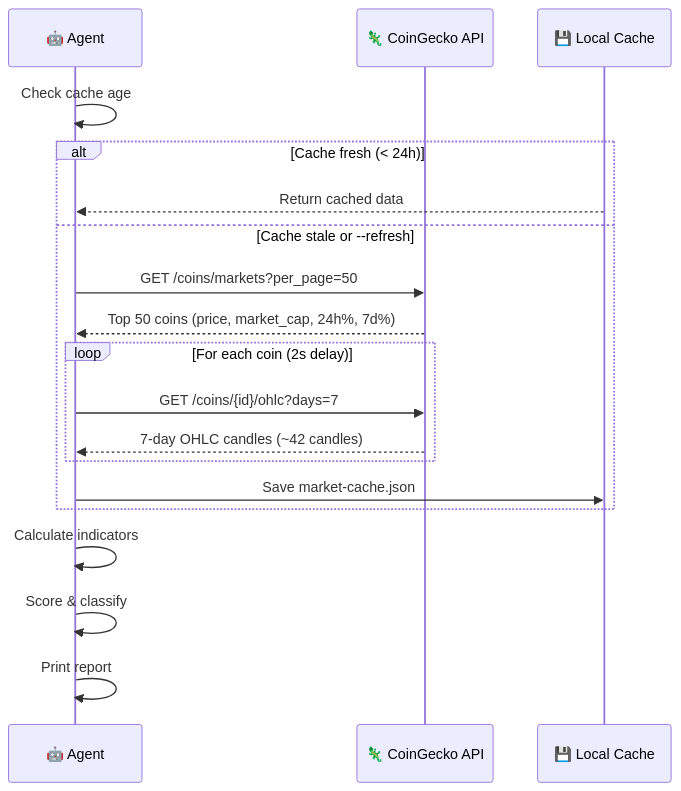
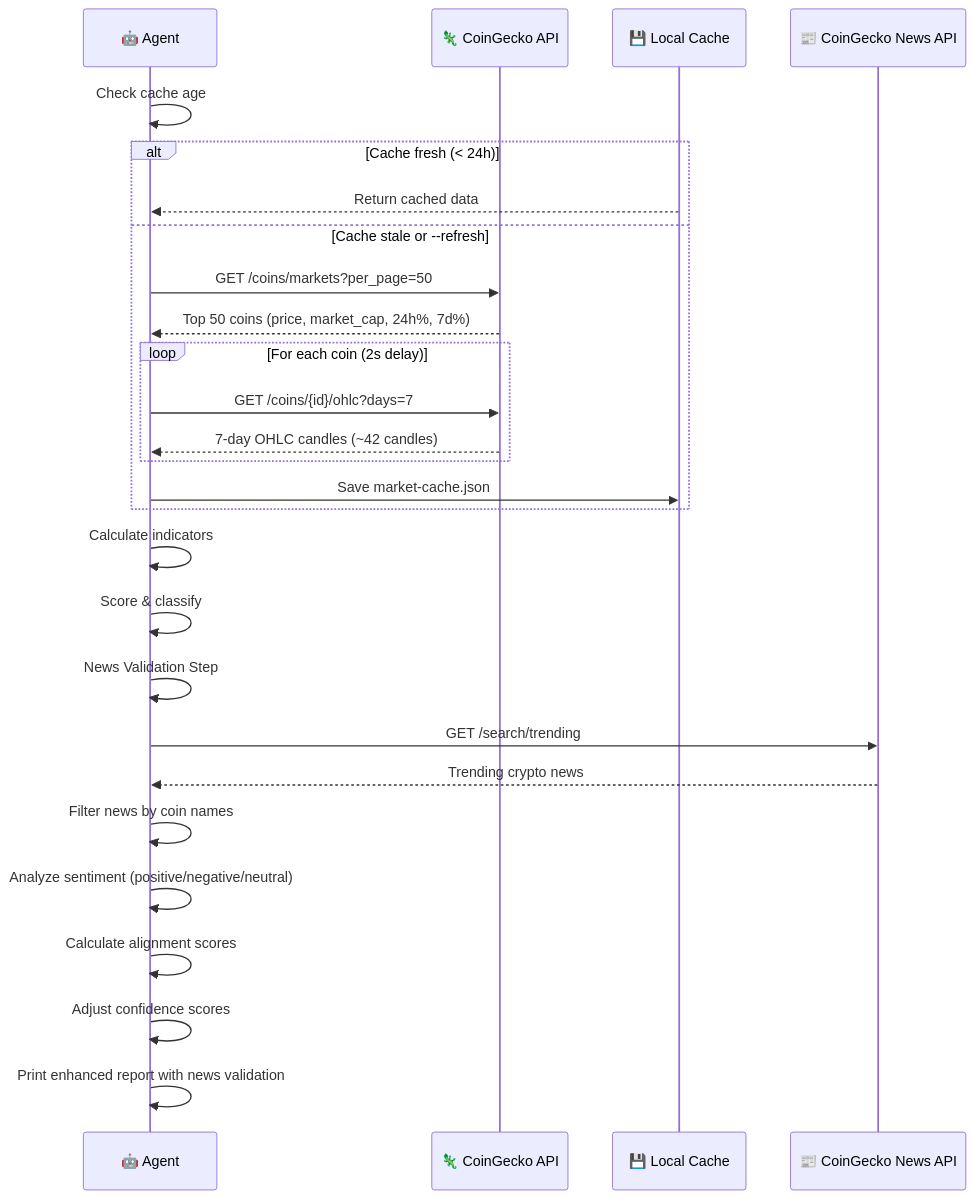
The third of 22 diagrams in Functional_Specification.md (sreekanthvaripalli/crypto-agent), drawn with Mermaid before and after one commit. The commit also changed other lines of this file and 5 other files, not shown here.

First line of the commit message:
Added crypto news validation for sentiment analysis of each coin that are considered from last 7 days performance

````diff
--- a/Functional_Specification.md
+++ b/Functional_Specification.md
@@ -137,25 +163,35 @@
 ```mermaid
 sequenceDiagram
     participant Agent as 🤖 Agent
     participant API as 🦎 CoinGecko API
     participant Cache as 💾 Local Cache
+    participant NewsAPI as 📰 CoinGecko News API
     
     Agent->>Agent: Check cache age
     alt Cache fresh (< 24h)
         Cache-->>Agent: Return cached data
     else Cache stale or --refresh
         Agent->>API: GET /coins/markets?per_page=50
         API-->>Agent: Top 50 coins (price, market_cap, 24h%, 7d%)
         
         loop For each coin (2s delay)
             Agent->>API: GET /coins/{id}/ohlc?days=7
             API-->>Agent: 7-day OHLC candles (~42 candles)
         end
         
         Agent->>Cache: Save market-cache.json
     end
     
     Agent->>Agent: Calculate indicators
     Agent->>Agent: Score & classify
-    Agent->>Agent: Print report
+    
+    Agent->>Agent: News Validation Step
+    Agent->>NewsAPI: GET /search/trending
+    NewsAPI-->>Agent: Trending crypto news
+    Agent->>Agent: Filter news by coin names
+    Agent->>Agent: Analyze sentiment (positive/negative/neutral)
+    Agent->>Agent: Calculate alignment scores
+    Agent->>Agent: Adjust confidence scores
+    
+    Agent->>Agent: Print enhanced report with news validation
 ```
````
